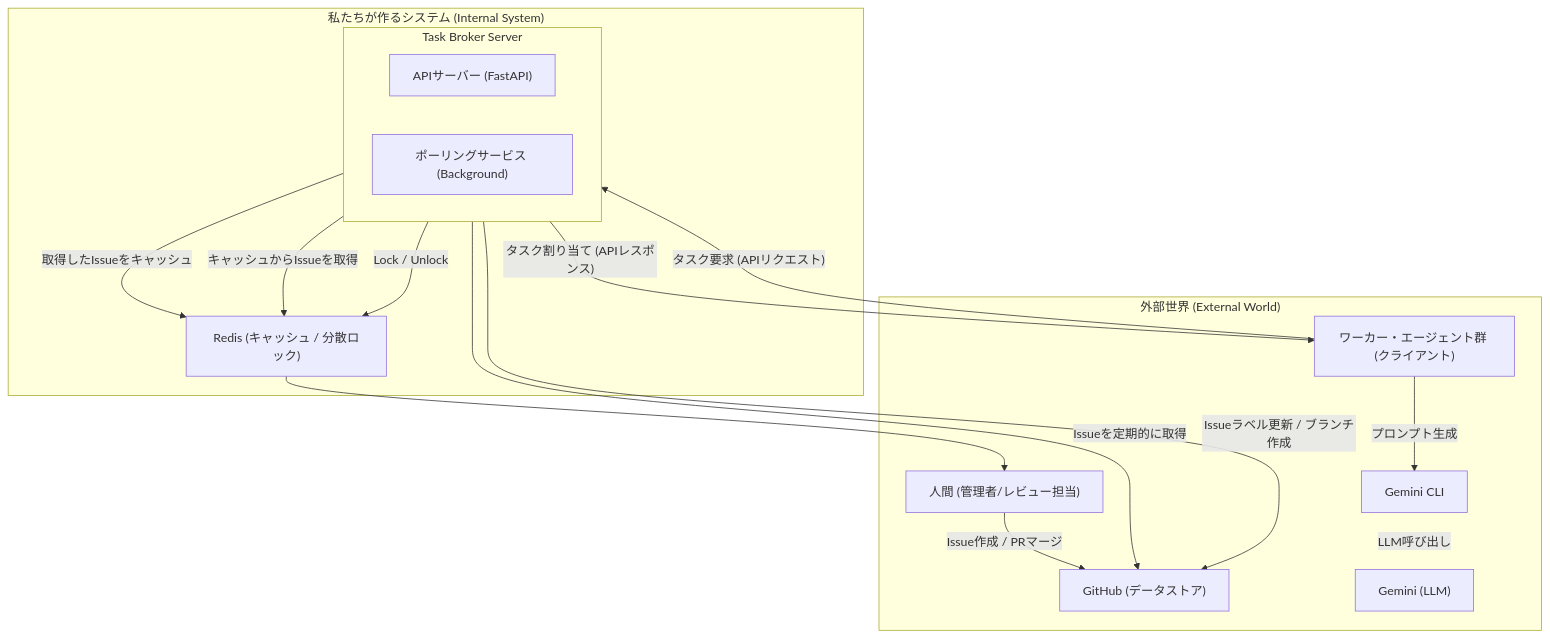
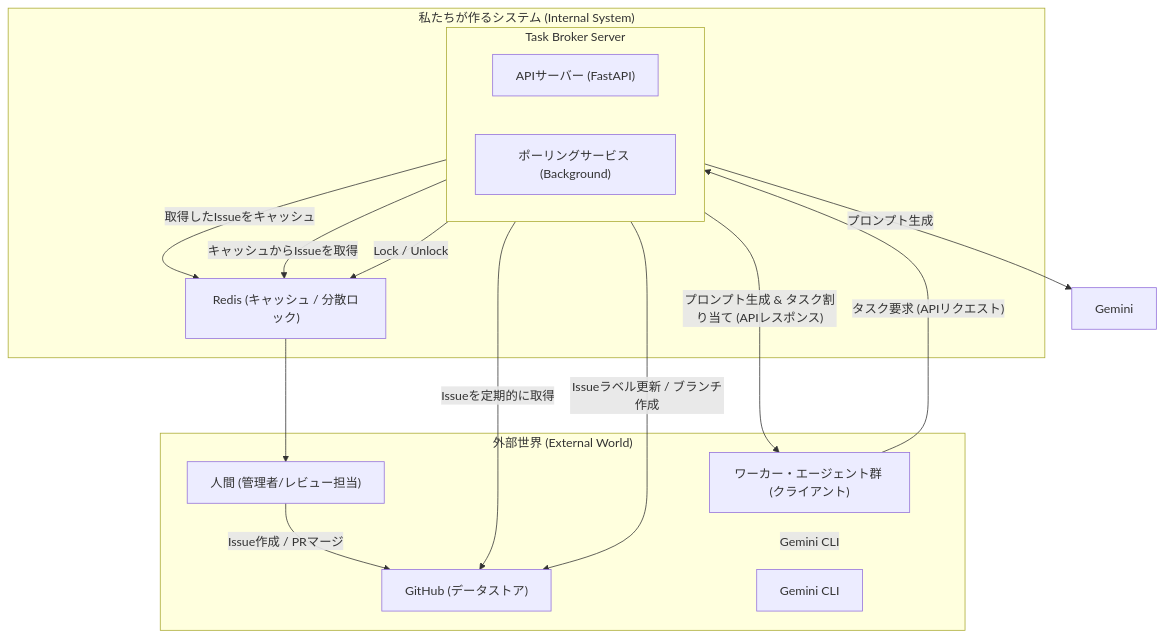
One commit to masa-codehub/github_broker changed the first of 2 diagrams in docs/architecture/system_context.md. Above: the diagram before and after it, drawn with Mermaid. The commit also changed other lines of this file and 1 other file, not shown here.

````diff
--- a/docs/architecture/system_context.md
+++ b/docs/architecture/system_context.md
@@ -33,43 +33,42 @@
 ```mermaid
 graph TD
     subgraph "私たちが作るシステム (Internal System)"
         subgraph "Task Broker Server"
             direction LR
             ApiServer["APIサーバー (FastAPI)"]
             PollingService["ポーリングサービス (Background)"]
         end
         Redis["Redis (キャッシュ / 分散ロック)"]
     end
 
     subgraph "外部世界 (External World)"
         Human["人間 (管理者/レビュー担当)"]
         Workers["ワーカー・エージェント群 (クライアント)"]
         GitHub["GitHub (データストア)"]
         GeminiCLI["Gemini CLI"]
-        Gemini["Gemini (LLM)"]
     end
 
     %% システム間の連携
     Human -- "Issue作成 / PRマージ" --> GitHub
     
     %% ポーリングサービスの連携
     PollingService -- "Issueを定期的に取得" --> GitHub
     PollingService -- "取得したIssueをキャッシュ" --> Redis
 
     %% APIサーバーの連携
     ApiServer -- "Issueラベル更新 / ブランチ作成" --> GitHub
     ApiServer -- "キャッシュからIssueを取得" --> Redis
     ApiServer -- "Lock / Unlock" --> Redis
+    ApiServer -- "プロンプト生成" --> Gemini
 
     %% ワーカーとの連携
     Workers -- "タスク要求 (APIリクエスト)" --> ApiServer
-    ApiServer -- "タスク割り当て (APIレスポンス)" --> Workers
-    Workers -- "プロンプト生成" --> GeminiCLI
-    GeminiCLI -- "LLM呼び出し" --> Gemini
+    ApiServer -- "プロンプト生成 & タスク割り当て (APIレスポンス)" --> Workers
+    Workers -- "Gemini CLI" --> GeminiCLI
 
     %% ▼▼▼ ここから追加 ▼▼▼
     %% 上下のレイアウトを固定するための、見えないリンク
     Redis --> Human
     linkStyle 9 stroke-width:0px, stroke:transparent
     %% ▲▲▲ ここまで追加 ▲▲▲
 ```
````
